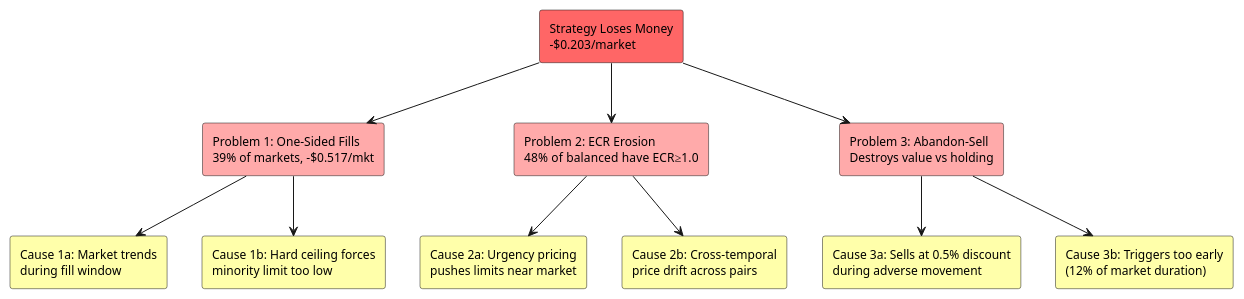
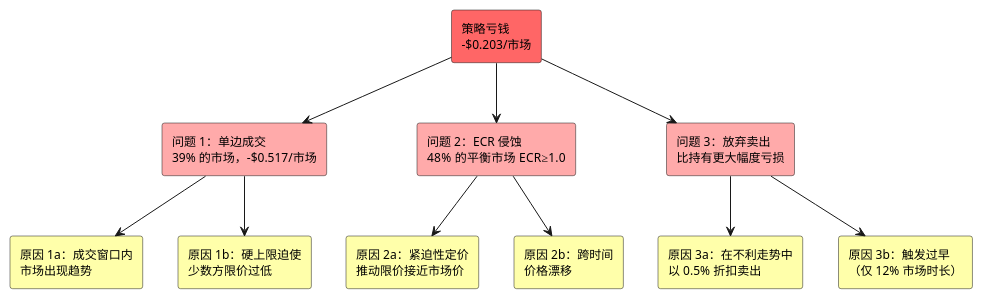
The sixth of 10 diagrams in docs/strategy-first-principles.md (jsyqrt/polymoney), drawn with PlantUML before and after one commit. The commit also changed other lines of this file, not shown here.

````diff
--- a/docs/strategy-first-principles.md
+++ b/docs/strategy-first-principles.md
@@ -482,30 +482,30 @@
 ```plantuml
 @startuml root_cause
 skinparam rectangleFontSize 12
 
-rectangle "Strategy Loses Money\n-$0.203/market" as ROOT #ff6666
+rectangle "策略亏钱\n-$0.203/市场" as ROOT #ff6666
 
-rectangle "Problem 1: One-Sided Fills\n39% of markets, -$0.517/mkt" as P1 #ffaaaa
-rectangle "Problem 2: ECR Erosion\n48% of balanced have ECR≥1.0" as P2 #ffaaaa
-rectangle "Problem 3: Abandon-Sell\nDestroys value vs holding" as P3 #ffaaaa
+rectangle "问题 1：单边成交\n39% 的市场，-$0.517/市场" as P1 #ffaaaa
+rectangle "问题 2：ECR 侵蚀\n48% 的平衡市场 ECR≥1.0" as P2 #ffaaaa
+rectangle "问题 3：放弃卖出\n比持有更大幅度亏损" as P3 #ffaaaa
 
-rectangle "Cause 1a: Market trends\nduring fill window" as C1A #ffffaa
-rectangle "Cause 1b: Hard ceiling forces\nminority limit too low" as C1B #ffffaa
-rectangle "Cause 2a: Urgency pricing\npushes limits near market" as C2A #ffffaa
-rectangle "Cause 2b: Cross-temporal\nprice drift across pairs" as C2B #ffffaa
-rectangle "Cause 3a: Sells at 0.5% discount\nduring adverse movement" as C3A #ffffaa
-rectangle "Cause 3b: Triggers too early\n(12% of market duration)" as C3B #ffffaa
+rectangle "原因 1a：成交窗口内\n市场出现趋势" as C1A #ffffaa
+rectangle "原因 1b：硬上限迫使\n少数方限价过低" as C1B #ffffaa
+rectangle "原因 2a：紧迫性定价\n推动限价接近市场价" as C2A #ffffaa
+rectangle "原因 2b：跨时间\n价格漂移" as C2B #ffffaa
+rectangle "原因 3a：在不利走势中\n以 0.5% 折扣卖出" as C3A #ffffaa
+rectangle "原因 3b：触发过早\n（仅 12% 市场时长）" as C3B #ffffaa
 
 ROOT --> P1
 ROOT --> P2
 ROOT --> P3
 
 P1 --> C1A
 P1 --> C1B
 P2 --> C2A
 P2 --> C2B
 P3 --> C3A
 P3 --> C3B
 
 @enduml
 ```
````
